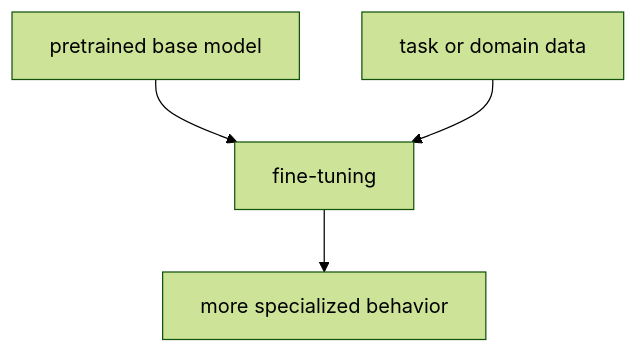
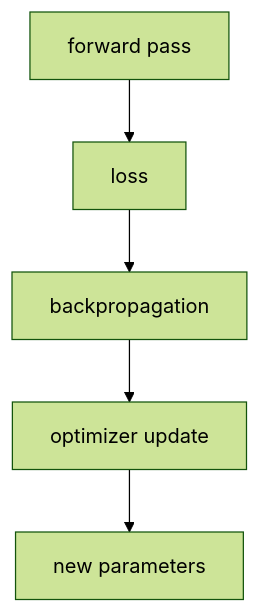
One commit to devchan64/AiBook changed the diagram in docs/parts/part-05/chapter-07/section-01.md. Above: the diagram before and after it, drawn with Mermaid (forest theme). The commit also changed other lines of this file and 213 other files, not shown here.

````diff
--- a/docs/parts/part-05/chapter-07/section-01.md
+++ b/docs/parts/part-05/chapter-07/section-01.md
@@ -166,11 +54,13 @@
 ```mermaid
 flowchart TD
-  A["pretrained base model"]
-  B["task or domain data"]
-  C["fine-tuning"]
-  D["more specialized behavior"]
+  A["forward pass"]
+  B["loss"]
+  C["backpropagation"]
+  D["optimizer update"]
+  E["new parameters"]
 
-  A --> C
+  A --> B
   B --> C
   C --> D
+  D --> E
 ```
````
